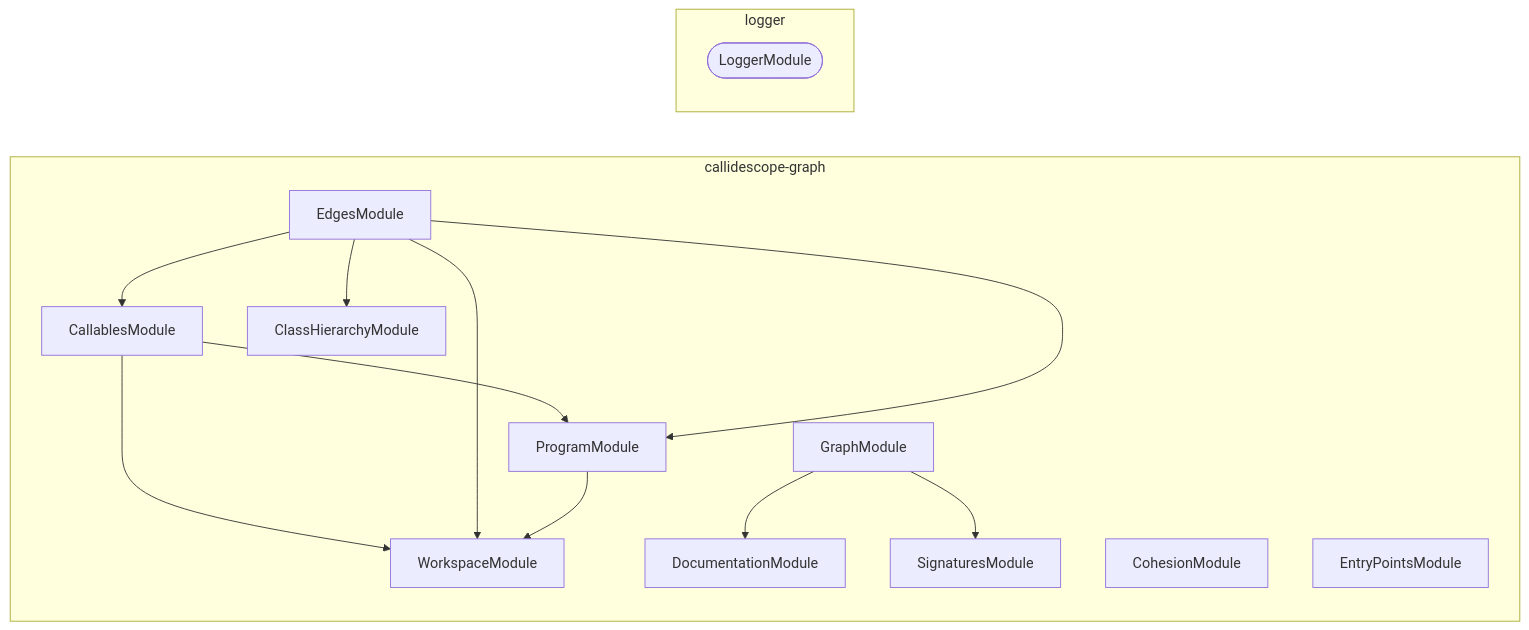
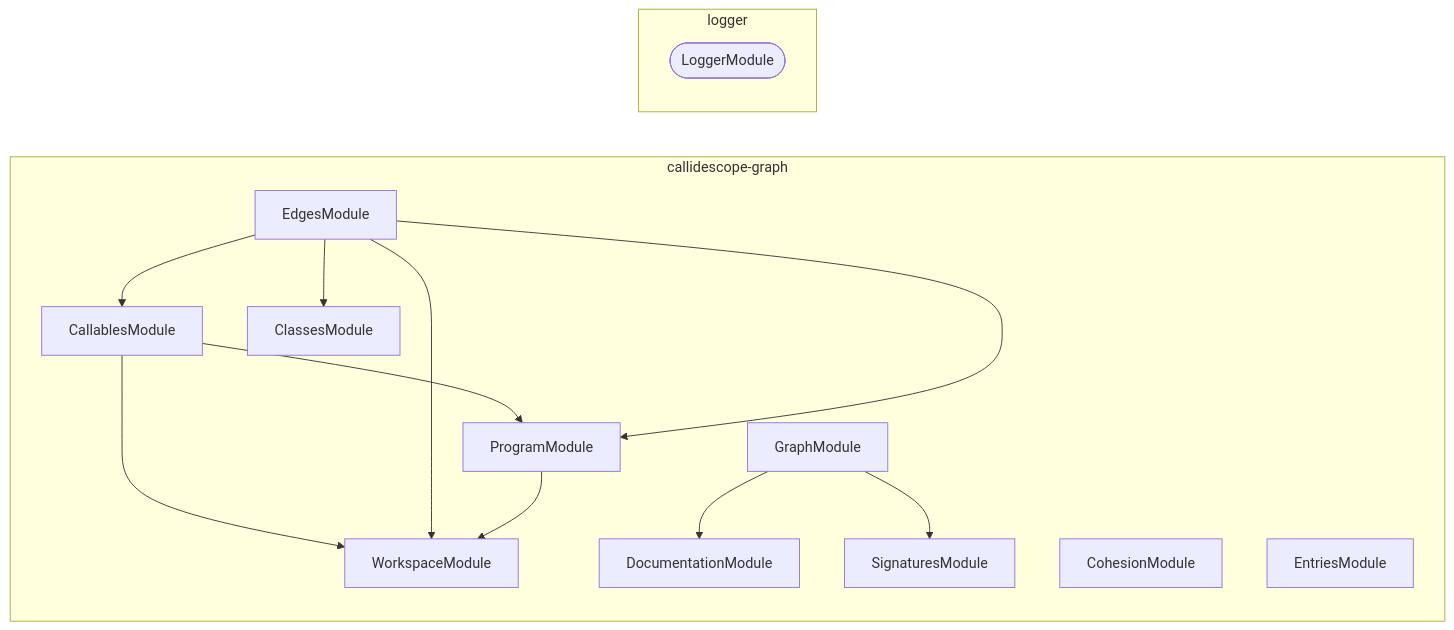
Before and after one commit to JimmyPaolini/codebase: the diagram in packages/callidescope-graph/AGENTS.md, drawn with Mermaid. The commit also changed 8 other files, not shown here.

````diff
--- a/packages/callidescope-graph/AGENTS.md
+++ b/packages/callidescope-graph/AGENTS.md
@@ -50,27 +50,27 @@
 ```mermaid
 flowchart LR
   subgraph group0["callidescope-graph"]
     CallablesModule
-    ClassHierarchyModule
+    ClassesModule
     CohesionModule
     DocumentationModule
     EdgesModule
-    EntryPointsModule
+    EntriesModule
     GraphModule
     ProgramModule
     SignaturesModule
     WorkspaceModule
   end
   subgraph group1["logger"]
     LoggerModule([LoggerModule])
   end
   CallablesModule --> ProgramModule
   CallablesModule --> WorkspaceModule
   EdgesModule --> CallablesModule
-  EdgesModule --> ClassHierarchyModule
+  EdgesModule --> ClassesModule
   EdgesModule --> ProgramModule
   EdgesModule --> WorkspaceModule
   GraphModule --> DocumentationModule
   GraphModule --> SignaturesModule
   ProgramModule --> WorkspaceModule
 ```
````
